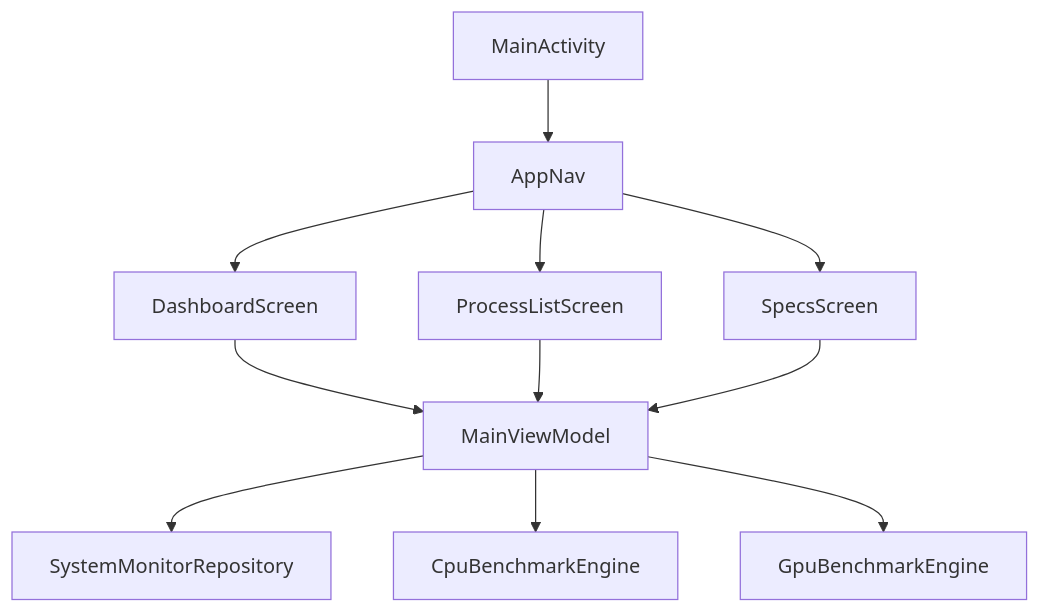
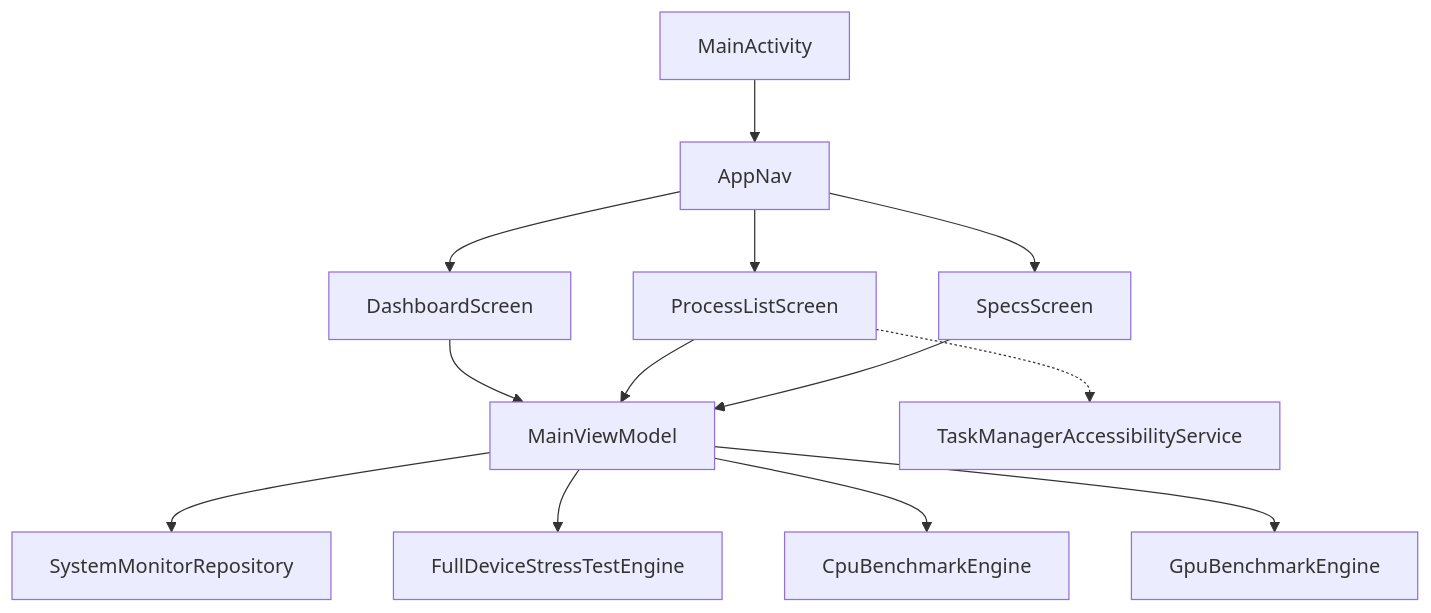
Before and after one commit to iabhnv19/Pulse: the diagram in README.md, drawn with Mermaid. The commit also changed other lines of this file, not shown here.

Commit message:
docs: update README with battery thermal telemetry, 2-min stress test, and Bento UI specs

````diff
--- a/README.md
+++ b/README.md
@@ -176,13 +136,15 @@
 ```mermaid
 flowchart TD
     A[MainActivity] --> B[AppNav]
     B --> C[DashboardScreen]
     B --> D[ProcessListScreen]
     B --> E[SpecsScreen]
     C --> F[MainViewModel]
     D --> F
     E --> F
     F --> G[SystemMonitorRepository]
-    F --> H[CpuBenchmarkEngine]
-    F --> I[GpuBenchmarkEngine]
+    F --> H[FullDeviceStressTestEngine]
+    F --> I[CpuBenchmarkEngine]
+    F --> J[GpuBenchmarkEngine]
+    D -.-> K[TaskManagerAccessibilityService]
 ```
````
